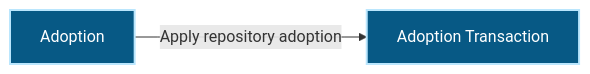
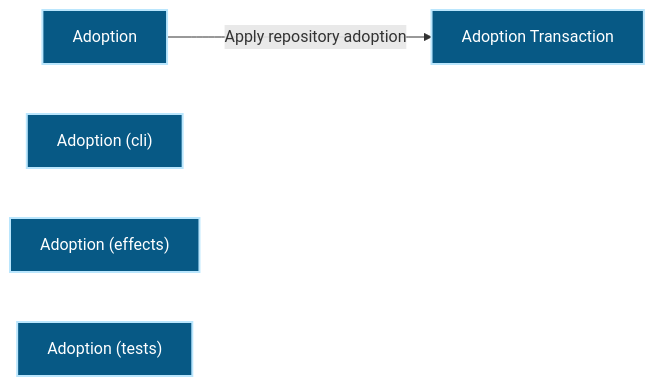
Before and after one commit to Ancienttwo/repo-harness: the first of 2 diagrams in docs/architecture/modules/public-surface/adoption.md, drawn with Mermaid. The commit also changed other lines of this file and 32 other files, not shown here.

First line of the commit message:
chore(projection): refresh generated architecture outputs for main@4c37d26d25c7

````diff
--- a/docs/architecture/modules/public-surface/adoption.md
+++ b/docs/architecture/modules/public-surface/adoption.md
@@ -15,10 +15,13 @@
 ```mermaid
 flowchart LR
   p1_capability_public_surface_adoption_30ebba6e["Adoption"]:::component
+  p1_component_adoption_cli_layer_fffb9daa["Adoption (cli)"]:::component
+  p1_component_adoption_effects_layer_337cfde8["Adoption (effects)"]:::component
   p1_component_adoption_primary_8ecdbd06["Adoption Transaction"]:::component
+  p1_component_adoption_tests_layer_93307fc5["Adoption (tests)"]:::component
   p1_capability_public_surface_adoption_30ebba6e -->|"Apply repository adoption"| p1_component_adoption_primary_8ecdbd06
   classDef actor fill:#111827,color:#ffffff,stroke:#f9fafb,stroke-width:2px
   classDef component fill:#075985,color:#ffffff,stroke:#bae6fd,stroke-width:2px
   classDef datastore fill:#3f6212,color:#ffffff,stroke:#d9f99d,stroke-width:2px
   classDef external fill:#7c2d12,color:#ffffff,stroke:#fed7aa,stroke-width:2px
 ```
````
